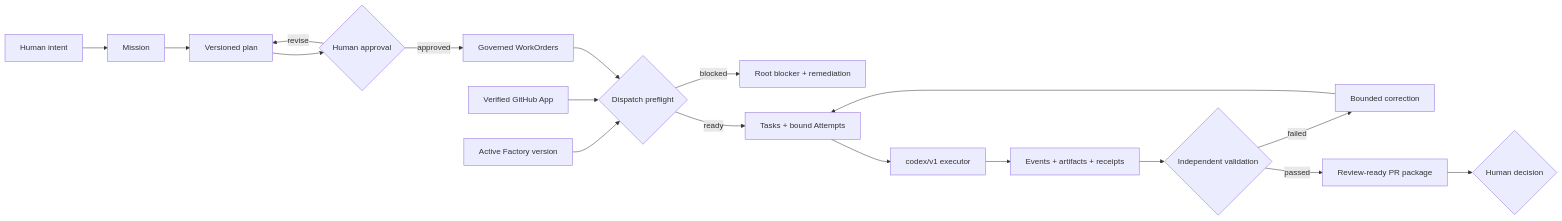
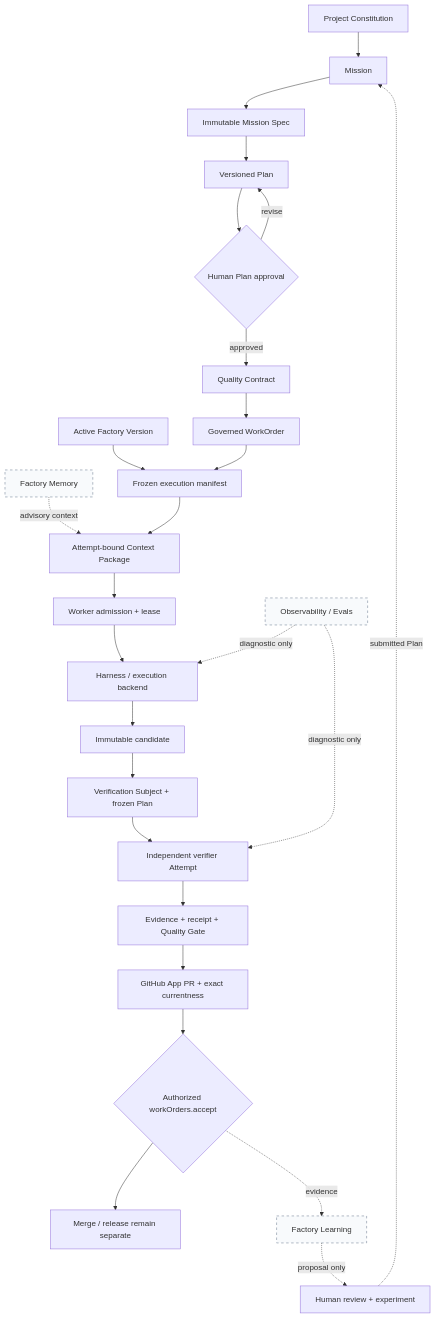
One commit to challenge456/MissionControl changed the first of 2 diagrams in README.md. Above: the diagram before and after it, drawn with Mermaid. The commit also changed other lines of this file, not shown here.

Commit message:
docs: refresh current architecture and capabilities

````diff
--- a/README.md
+++ b/README.md
@@ -307,22 +254,31 @@
 ```mermaid
-flowchart LR
-    H["Human intent"] --> M["Mission"]
-    M --> P["Versioned plan"]
-    P --> A{"Human approval"}
-    A -->|approved| W["Governed WorkOrders"]
+flowchart TB
+    C["Project Constitution"] --> M["Mission"]
+    M --> S["Immutable Mission Spec"]
+    S --> P["Versioned Plan"]
+    P --> A{"Human Plan approval"}
     A -->|revise| P
+    A -->|approved| Q["Quality Contract"]
+    Q --> W["Governed WorkOrder"]
+    FV["Active Factory Version"] --> X["Frozen execution manifest"]
+    W --> X
+    FM["Factory Memory"] -. advisory context .-> CP["Attempt-bound Context Package"]
+    X --> CP
+    CP --> L["Worker admission + lease"]
+    L --> H["Harness / execution backend"]
+    H --> CA["Immutable candidate"]
+    CA --> VS["Verification Subject + frozen Plan"]
+    VS --> VA["Independent verifier Attempt"]
+    VA --> E["Evidence + receipt + Quality Gate"]
+    OE["Observability / Evals"] -. diagnostic only .-> H
+    OE -. diagnostic only .-> VA
+    E --> PR["GitHub App PR + exact currentness"]
+    PR --> AC{"Authorized workOrders.accept"}
+    AC --> R["Merge / release remain separate"]
+    AC -. evidence .-> FL["Factory Learning"]
+    FL -. proposal only .-> HR["Human review + experiment"]
+    HR -. submitted Plan .-> M
 
-    F["Active Factory version"] --> G{"Dispatch preflight"}
-    GH["Verified GitHub App"] --> G
-    W --> G
-
-    G -->|blocked| X["Root blocker + remediation"]
-    G -->|ready| T["Tasks + bound Attempts"]
-    T --> C["codex/v1 executor"]
-    C --> E["Events + artifacts + receipts"]
-    E --> V{"Independent validation"}
-    V -->|failed| R["Bounded correction"]
-    R --> T
-    V -->|passed| PR["Review-ready PR package"]
-    PR --> D{"Human decision"}
+    classDef advisory fill:#f8fafc,stroke:#64748b,stroke-dasharray:5 5;
+    class FM,OE,FL advisory;
 ```
````
